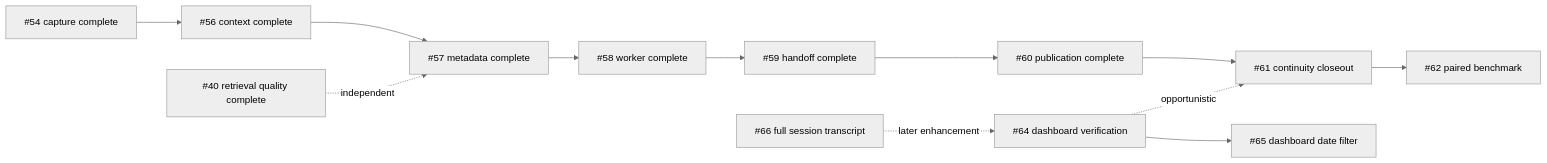
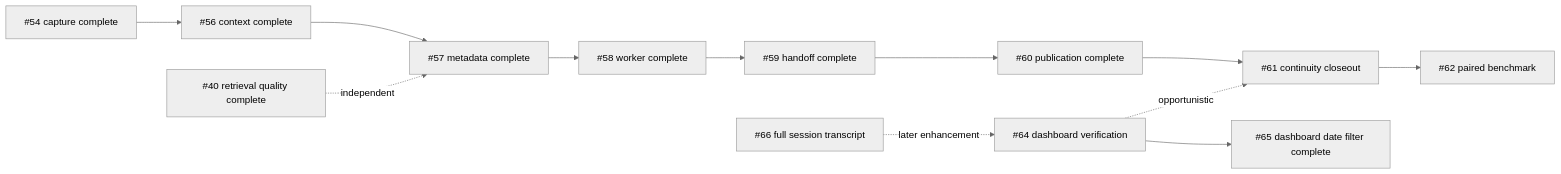
The diagram in docs/issue-priority-order.md (vib28/ai-memory-hub), drawn with Mermaid (neutral theme) before and after one commit. The commit also changed other lines of this file and 3 other files, not shown here.

````diff
--- a/docs/issue-priority-order.md
+++ b/docs/issue-priority-order.md
@@ -9,14 +9,14 @@
 ```mermaid
 flowchart LR
     P["#54 capture complete"] --> A["#56 context complete"]
     A --> B["#57 metadata complete"]
     B --> C["#58 worker complete"]
     C --> D["#59 handoff complete"]
     D --> E["#60 publication complete"]
     E --> F["#61 continuity closeout"]
     F --> G["#62 paired benchmark"]
     I["#40 retrieval quality complete"] -. independent .-> B
     J["#64 dashboard verification"] -. opportunistic .-> F
-    J --> K["#65 dashboard date filter"]
+    J --> K["#65 dashboard date filter complete"]
     L["#66 full session transcript"] -. later enhancement .-> J
 ```
````
